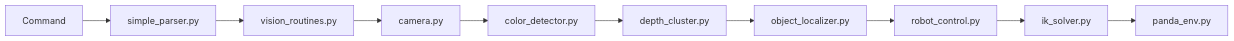
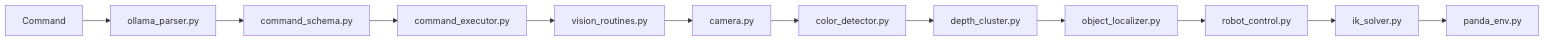
Before and after one commit to Sourabhvk/VLA-Lite-Vision-Language-Guided-Robot-Manipulation-in-Simulation: the first of 2 diagrams in README.md, drawn with Mermaid. The commit also changed other lines of this file and 6 other files, not shown here.

First line of the commit message:
Add Ollama command parsing pipeline

````diff
--- a/README.md
+++ b/README.md
@@ -108,12 +109,14 @@
 ```mermaid
 flowchart LR
-    A["Command"] --> B["simple_parser.py"]
-    B --> C["vision_routines.py"]
-    C --> D["camera.py"]
-    D --> E["color_detector.py"]
-    E --> F["depth_cluster.py"]
-    F --> G["object_localizer.py"]
-    G --> H["robot_control.py"]
-    H --> I["ik_solver.py"]
-    I --> J["panda_env.py"]
+    A["Command"] --> B["ollama_parser.py"]
+    B --> C["command_schema.py"]
+    C --> D["command_executor.py"]
+    D --> E["vision_routines.py"]
+    E --> F["camera.py"]
+    F --> G["color_detector.py"]
+    G --> H["depth_cluster.py"]
+    H --> I["object_localizer.py"]
+    I --> J["robot_control.py"]
+    J --> K["ik_solver.py"]
+    K --> L["panda_env.py"]
 ```
````
